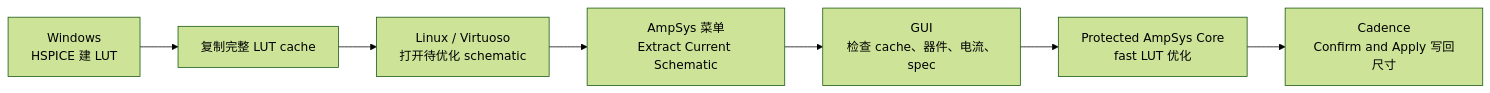
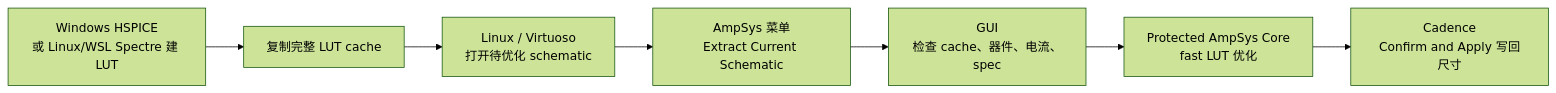
The diagram in Usage.md (KonataLin/AmpSysCadencePlugin), drawn with Mermaid (forest theme) before and after one commit. The commit also changed other lines of this file and 3 other files, not shown here.

Commit message:
Add Spectre LUT builder controls

````diff
--- a/Usage.md
+++ b/Usage.md
@@ -10,9 +10,9 @@
 ```mermaid
 flowchart LR
-  A["Windows<br/>HSPICE 建 LUT"] --> B["复制完整 LUT cache"]
+  A["Windows HSPICE<br/>或 Linux/WSL Spectre 建 LUT"] --> B["复制完整 LUT cache"]
   B --> C["Linux / Virtuoso<br/>打开待优化 schematic"]
   C --> D["AmpSys 菜单<br/>Extract Current Schematic"]
   D --> E["GUI<br/>检查 cache、器件、电流、spec"]
   E --> F["Protected AmpSys Core<br/>fast LUT 优化"]
   F --> G["Cadence<br/>Confirm and Apply 写回尺寸"]
 ```
````
